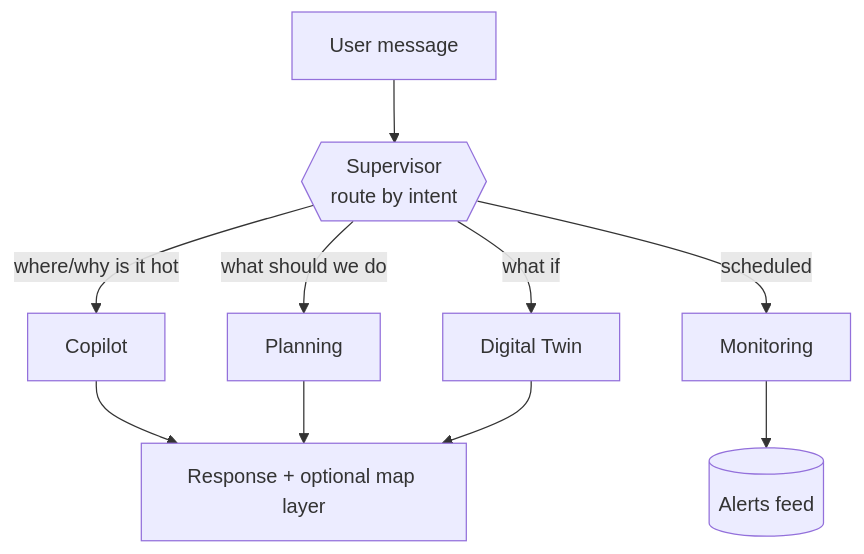
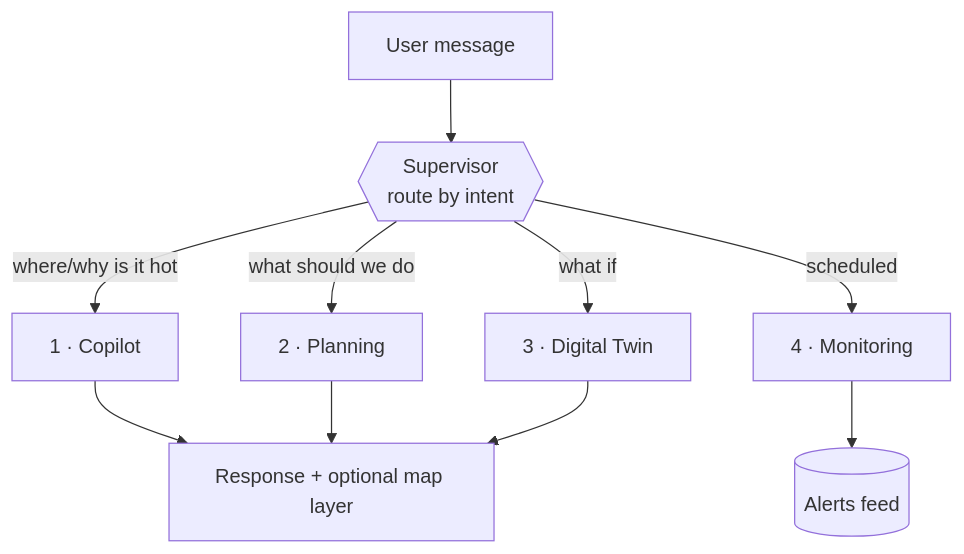
One commit to DevGurav/urbanheat-mumbai changed the diagram in docs/agents.md. Above: the diagram before and after it, drawn with Mermaid. The commit also changed other lines of this file and 6 other files, not shown here.

````diff
--- a/docs/agents.md
+++ b/docs/agents.md
@@ -30,10 +30,10 @@
 ```mermaid
 flowchart TB
     IN[User message] --> SUP{{Supervisor<br/>route by intent}}
-    SUP -->|"where/why is it hot"| A4[Copilot]
-    SUP -->|"what should we do"| A1[Planning]
-    SUP -->|"what if"| A2[Digital Twin]
-    SUP -->|scheduled| A3[Monitoring]
-    A4 & A1 & A2 --> OUT[Response + optional map layer]
-    A3 --> FEED[(Alerts feed)]
+    SUP -->|"where/why is it hot"| A1[1 · Copilot]
+    SUP -->|"what should we do"| A2[2 · Planning]
+    SUP -->|"what if"| A3[3 · Digital Twin]
+    SUP -->|scheduled| A4[4 · Monitoring]
+    A1 & A2 & A3 --> OUT[Response + optional map layer]
+    A4 --> FEED[(Alerts feed)]
 ```
````
